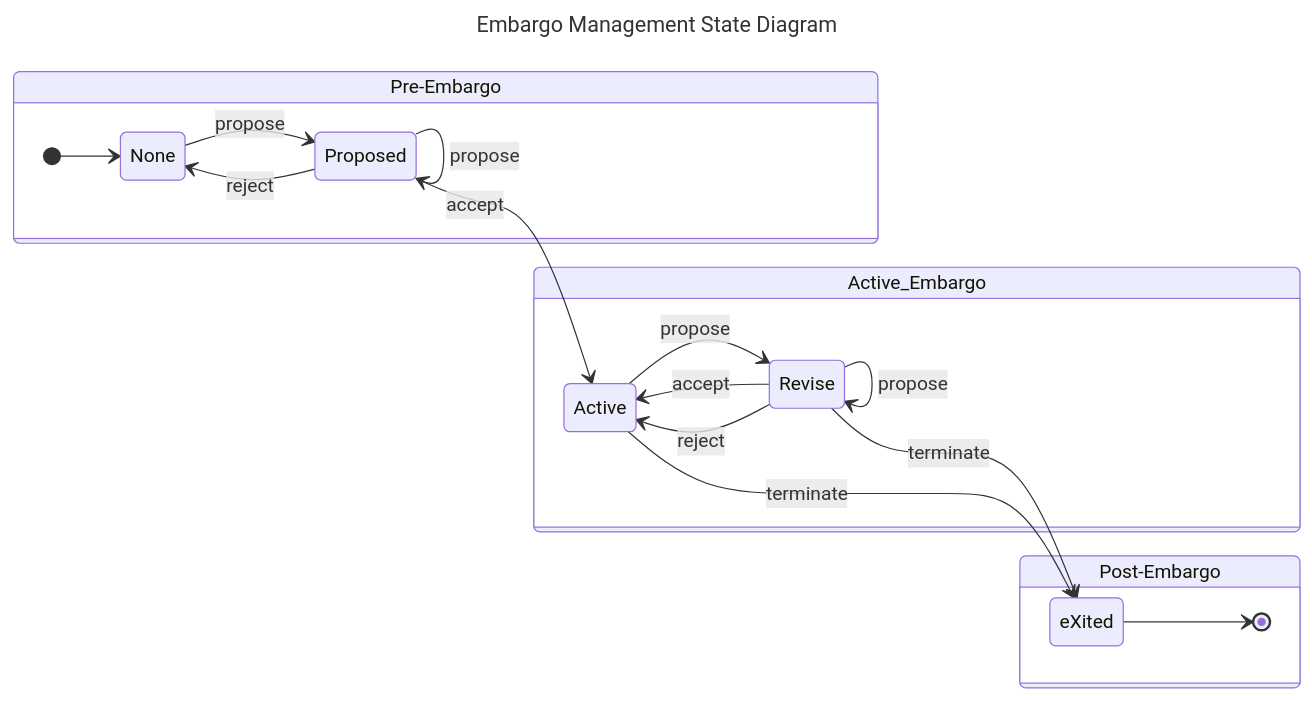
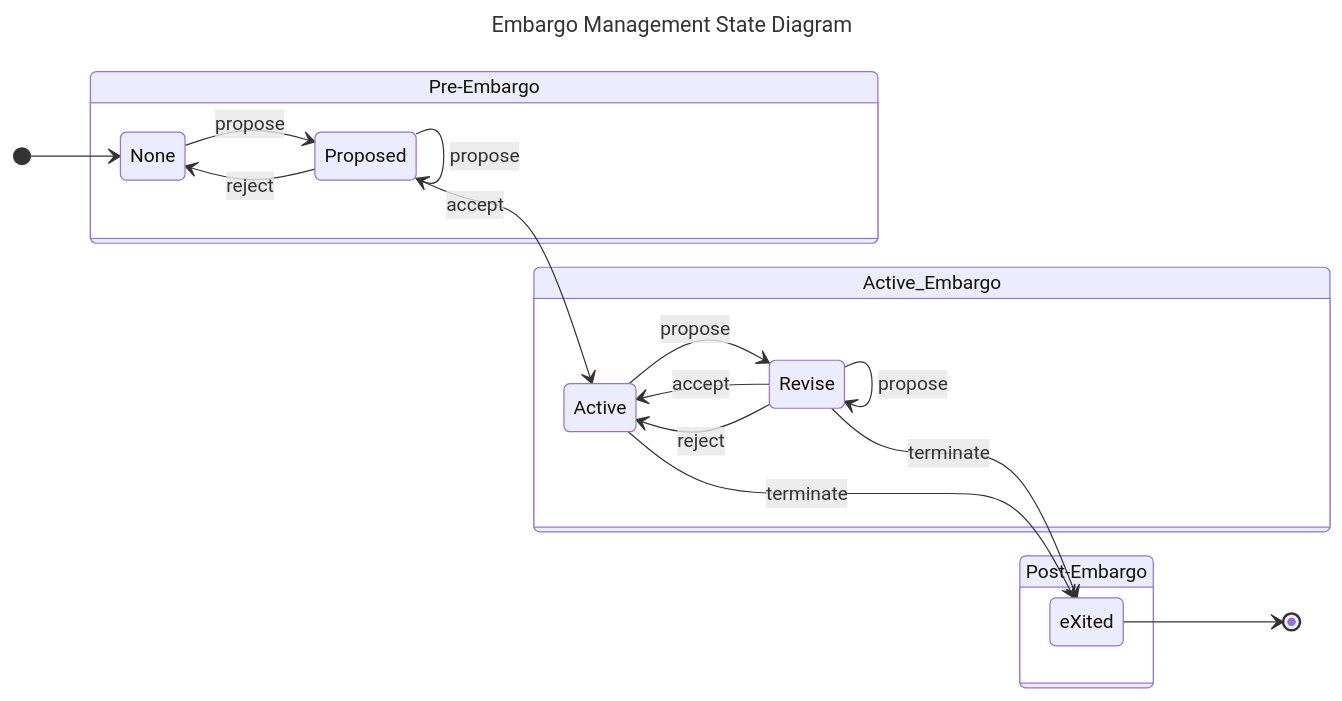
Before and after one commit to CERTCC/Vultron: the diagram in docs/topics/process_models/em/em_dfa_diagram.md, drawn with Mermaid. The commit also changed 1 other file, not shown here.

````diff
--- a/docs/topics/process_models/em/em_dfa_diagram.md
+++ b/docs/topics/process_models/em/em_dfa_diagram.md
@@ -2,25 +2,26 @@
 ```mermaid
 ---
 title: Embargo Management State Diagram
 ---
 stateDiagram-v2
     direction LR
+    [*] --> None
     state Pre-Embargo {
-        [*] --> None
         None --> Proposed : propose
         Proposed --> Proposed : propose
         Proposed --> None : reject
         Proposed --> Active : accept
     }
     state Active_Embargo {
         Active --> Revise : propose
         Revise --> Active : accept
         Revise --> Active : reject
         Revise --> Revise : propose
         Revise --> eXited : terminate
         Active --> eXited : terminate
     }
     state Post-Embargo {
-        eXited --> [*]
+        eXited
     }
+    eXited --> [*]
 ```
````
